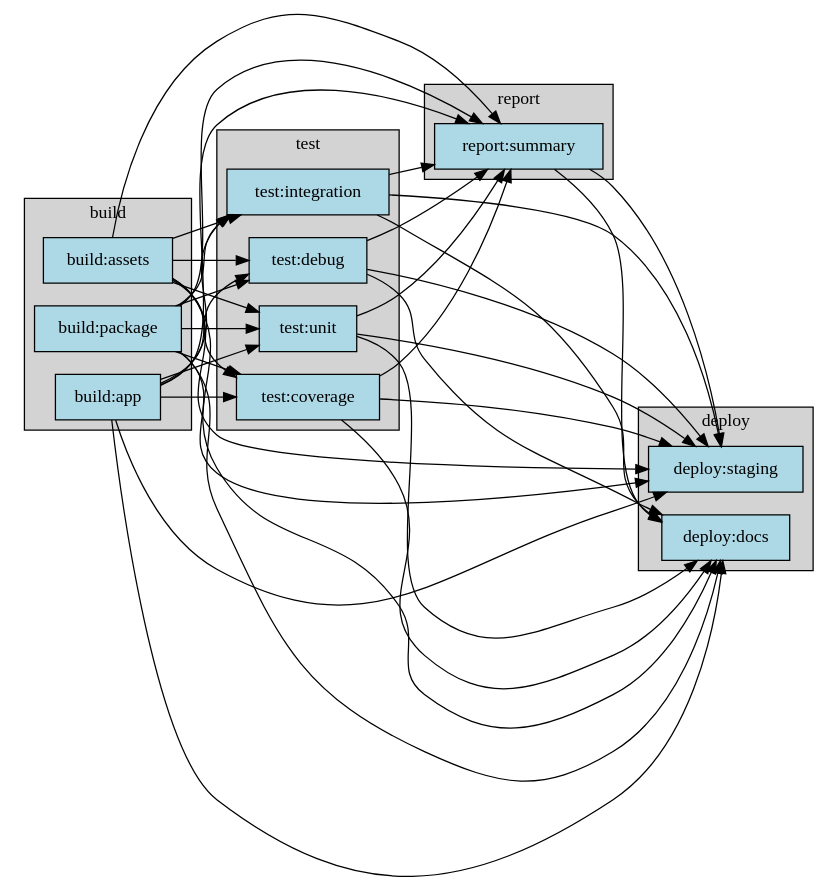
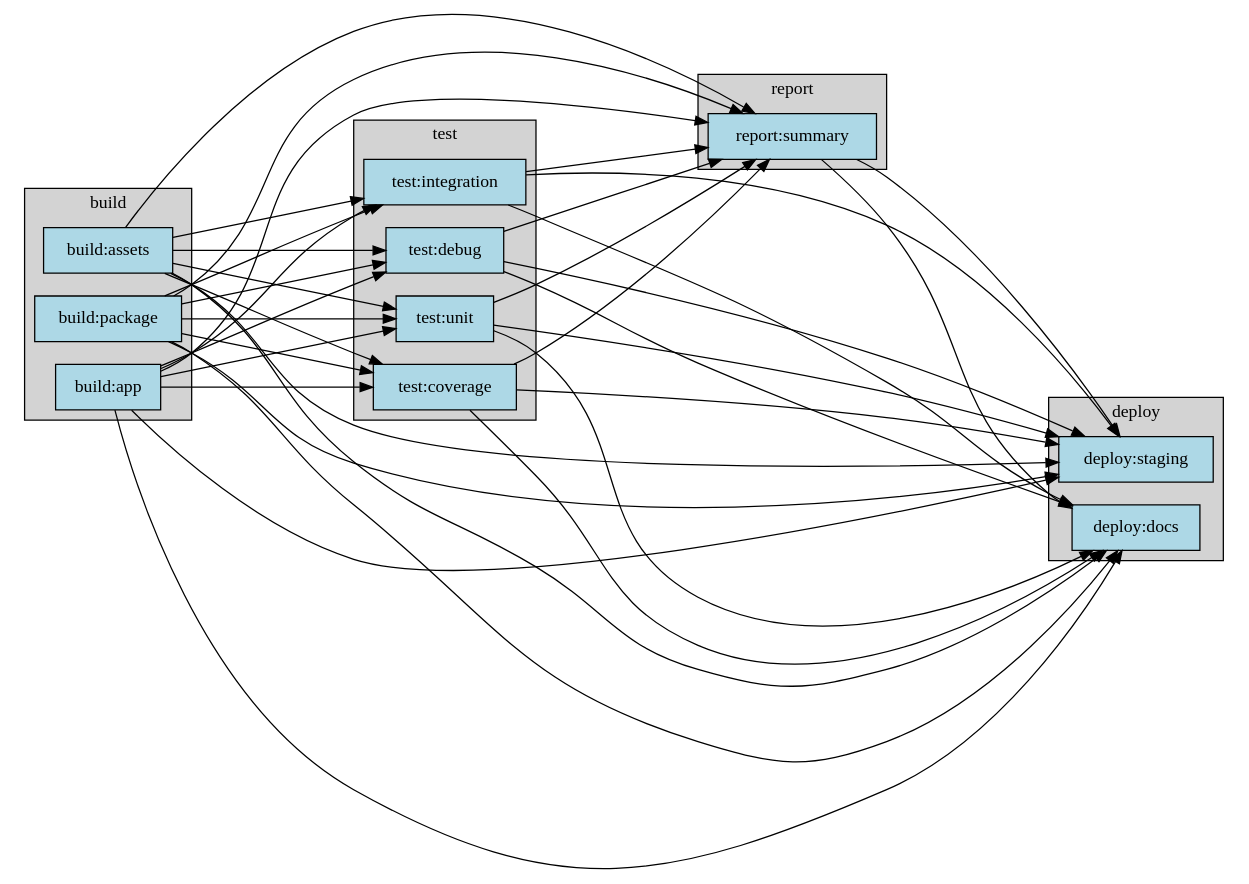
One commit to eisbaw/gitlab_local_ci changed the diagram in test_ci_projects/proj6.output_reference/dag.dot. Above: the diagram before and after it, drawn with Graphviz. The commit also changed 58 other files, not shown here.

```diff
--- a/test_ci_projects/proj6.output_reference/dag.dot
+++ b/test_ci_projects/proj6.output_reference/dag.dot
@@ -1,78 +1,79 @@
 digraph pipeline {
   rankdir="LR";
+  ranksep=2;
   node [shape=box, style=filled, fillcolor=lightblue];
 
   subgraph cluster_build {
     label="build";
     style=filled;
     fillcolor=lightgrey;
 
-    build_app [label="build:app"];
-    build_assets [label="build:assets"];
-    build_package [label="build:package"];
+    build_app [label="build:app", tooltip="---\nstage: build\nscript:\n- echo \"Building application version $BUILD_VERSION\"\n- mkdir -p build/bin\n- echo \"app-binary-content\" > build/bin/app\n- echo \"Version $BUILD_VERSION built at $(date)\" > build/version.txt\nartifacts:\n  paths:\n  - build/\n  expire_in: 1 week\n  name: app-build-$CI_COMMIT_REF_SLUG\n"];
+    build_assets [label="build:assets", tooltip="---\nstage: build\nscript:\n- echo \"Compiling assets\"\n- mkdir -p dist/css dist/js\n- echo \"body { color: blue; }\" > dist/css/style.css\n- echo \"console.log('hello');\" > dist/js/app.js\nartifacts:\n  paths:\n  - dist/\n  expire_in: 2 days\n  name: assets-$CI_JOB_NAME-$CI_COMMIT_SHORT_SHA\n"];
+    build_package [label="build:package", tooltip="---\nstage: build\nscript:\n- echo \"Creating package\"\n- mkdir -p package/src package/test\n- echo \"source code\" > package/src/main.rb\n- echo \"test code\" > package/test/main_test.rb\n- echo \"secret\" > package/secret.key\nartifacts:\n  paths:\n  - package/\n  exclude:\n  - package/**/*.key\n  expire_in: 2 weeks\n  name: package-$CI_COMMIT_TAG\n"];
   }
 
   subgraph cluster_test {
     label="test";
     style=filled;
     fillcolor=lightgrey;
 
-    test_unit [label="test:unit"];
-    test_coverage [label="test:coverage"];
-    test_integration [label="test:integration"];
-    test_debug [label="test:debug"];
+    test_unit [label="test:unit", tooltip="---\nstage: test\ndependencies:\n- build:app\nscript:\n- echo \"Running unit tests with $(cat build/version.txt)\"\n- mkdir -p test-results\n- |\n  cat > test-results/junit.xml << EOF\n  <?xml version=\"1.0\" encoding=\"UTF-8\"?>\n  <testsuites>\n    <testsuite name=\"UnitTests\" tests=\"5\" failures=\"0\" errors=\"0\">\n      <testcase name=\"test_login\" time=\"0.5\"/>\n      <testcase name=\"test_logout\" time=\"0.3\"/>\n      <testcase name=\"test_validation\" time=\"0.7\"/>\n      <testcase name=\"test_api\" time=\"1.2\"/>\n      <testcase name=\"test_database\" time=\"0.8\"/>\n    </testsuite>\n  </testsuites>\n  EOF\nartifacts:\n  reports:\n    junit: test-results/junit.xml\n  paths:\n  - test-results/\n  expire_in: 30 days\n"];
+    test_coverage [label="test:coverage", tooltip="---\nstage: test\ndependencies:\n- build:app\nscript:\n- echo \"Generating coverage report\"\n- mkdir -p coverage\n- |\n  cat > coverage/cobertura.xml << EOF\n  <?xml version=\"1.0\"?>\n  <coverage line-rate=\"0.85\" branch-rate=\"0.80\" version=\"1.0\">\n    <packages>\n      <package name=\"main\" line-rate=\"0.85\" branch-rate=\"0.80\">\n        <classes>\n          <class name=\"App\" line-rate=\"0.90\" branch-rate=\"0.85\"/>\n        </classes>\n      </package>\n    </packages>\n  </coverage>\n  EOF\n- echo \"Total coverage: 85%\" > coverage/summary.txt\nartifacts:\n  reports:\n    coverage_report:\n      coverage_format: cobertura\n      path: coverage/cobertura.xml\n  paths:\n  - coverage/\n  expire_in: 1 month\n"];
+    test_integration [label="test:integration", tooltip="---\nstage: test\ndependencies:\n- build:app\n- build:assets\nscript:\n- echo \"Running integration tests\"\n- ls -la build/ dist/\n- mkdir -p integration-logs\n- echo \"Integration test log - $(date)\" > integration-logs/test.log\n- echo \"All integration tests passed\" > integration-logs/status.txt\nartifacts:\n  paths:\n  - integration-logs/\n  expire_in: 1 week\n  when: always\n"];
+    test_debug [label="test:debug", tooltip="---\nstage: test\ndependencies:\n- build:app\nscript:\n- echo \"Running debug tests\"\n- mkdir -p debug-logs\n- echo \"Debug output: $(date)\" > debug-logs/debug.log\n- echo \"Memory usage: 128MB\" > debug-logs/memory.log\nartifacts:\n  paths:\n  - debug-logs/\n  expire_in: 3 days\n  when: on_failure\n  name: debug-logs-$CI_JOB_ID\n"];
   }
 
   subgraph cluster_report {
     label="report";
     style=filled;
     fillcolor=lightgrey;
 
-    report_summary [label="report:summary"];
+    report_summary [label="report:summary", tooltip="---\nstage: report\ndependencies:\n- test:unit\n- test:coverage\n- test:integration\nscript:\n- echo \"Generating test summary report\"\n- echo \"=== Test Summary ===\" > summary.txt\n- echo \"Unit Tests:\" >> summary.txt\n- cat test-results/junit.xml | grep 'testsuite' >> summary.txt || true\n- echo \"\" >> summary.txt\n- echo \"Coverage:\" >> summary.txt\n- cat coverage/summary.txt >> summary.txt\n- echo \"\" >> summary.txt\n- echo \"Integration:\" >> summary.txt\n- cat integration-logs/status.txt >> summary.txt\n- cat summary.txt\nartifacts:\n  paths:\n  - summary.txt\n  expire_in: 90 days\n  name: test-summary-$CI_PIPELINE_ID\n"];
   }
 
   subgraph cluster_deploy {
     label="deploy";
     style=filled;
     fillcolor=lightgrey;
 
-    deploy_staging [label="deploy:staging"];
-    deploy_docs [label="deploy:docs"];
+    deploy_staging [label="deploy:staging", tooltip="---\nstage: deploy\ndependencies:\n- build:app\n- build:assets\nscript:\n- echo \"Deploying to staging\"\n- echo \"Application binary: $(cat build/bin/app)\"\n- echo \"CSS files: $(ls dist/css/)\"\n- echo \"JS files: $(ls dist/js/)\"\n- echo \"Deployed version: $(cat build/version.txt)\"\nenvironment:\n  name: staging\nartifacts:\n  paths:\n  - build/version.txt\n  expire_in: 6 months\n  name: deployment-info\n"];
+    deploy_docs [label="deploy:docs", tooltip="---\nstage: deploy\ndependencies: []\nscript:\n- echo \"Deploying documentation\"\n- mkdir -p docs\n- echo \"# API Documentation\" > docs/README.md\n- echo \"Version: $BUILD_VERSION\" >> docs/README.md\nartifacts:\n  paths:\n  - docs/\n  expire_in: never\n"];
   }
 
   build_app -> test_unit;
   build_assets -> test_unit;
   build_package -> test_unit;
   build_app -> test_coverage;
   build_assets -> test_coverage;
   build_package -> test_coverage;
   build_app -> test_integration;
   build_assets -> test_integration;
   build_package -> test_integration;
   build_app -> report_summary;
   build_assets -> report_summary;
   test_unit -> report_summary;
   test_coverage -> report_summary;
   test_integration -> report_summary;
   test_debug -> report_summary;
   build_package -> report_summary;
   build_app -> deploy_staging;
   build_assets -> deploy_staging;
   test_unit -> deploy_staging;
   test_coverage -> deploy_staging;
   test_integration -> deploy_staging;
   report_summary -> deploy_staging;
   test_debug -> deploy_staging;
   build_package -> deploy_staging;
   build_app -> deploy_docs;
   build_assets -> deploy_docs;
   test_unit -> deploy_docs;
   test_coverage -> deploy_docs;
   test_integration -> deploy_docs;
   report_summary -> deploy_docs;
   test_debug -> deploy_docs;
   build_package -> deploy_docs;
   build_app -> test_debug;
   build_assets -> test_debug;
   build_package -> test_debug;
 }
```
